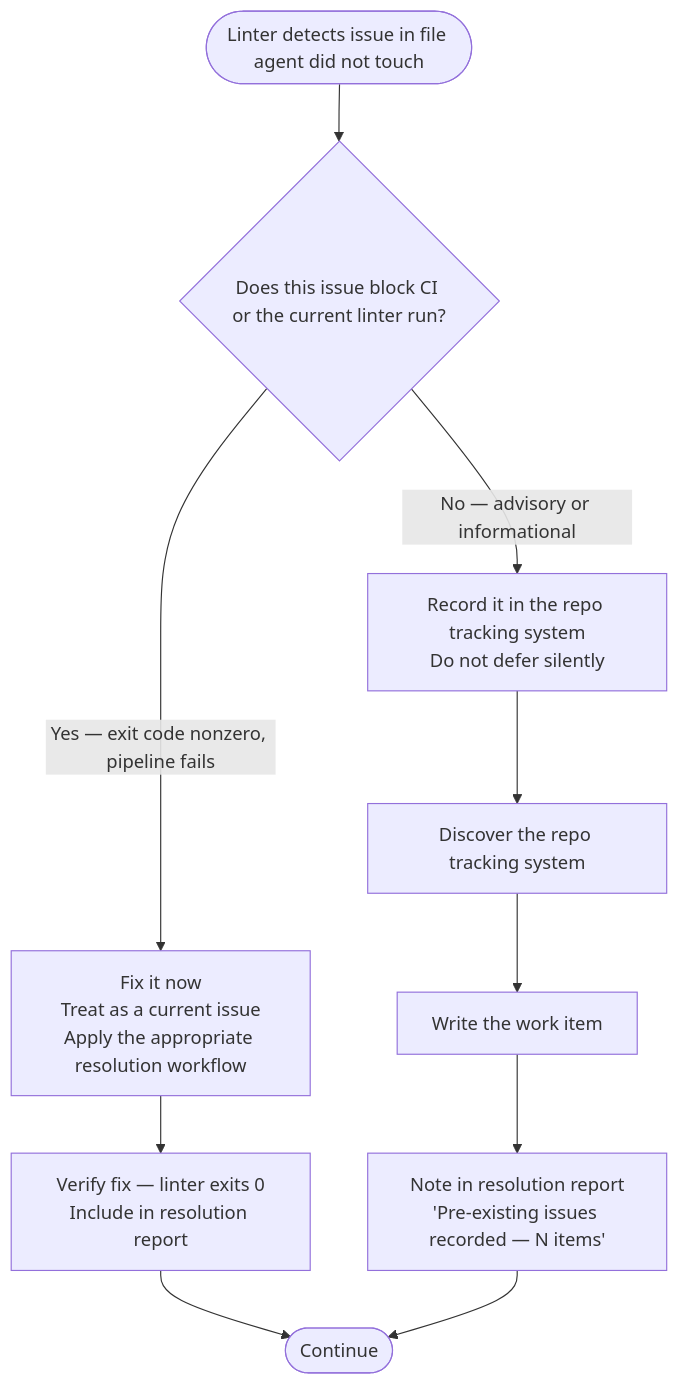
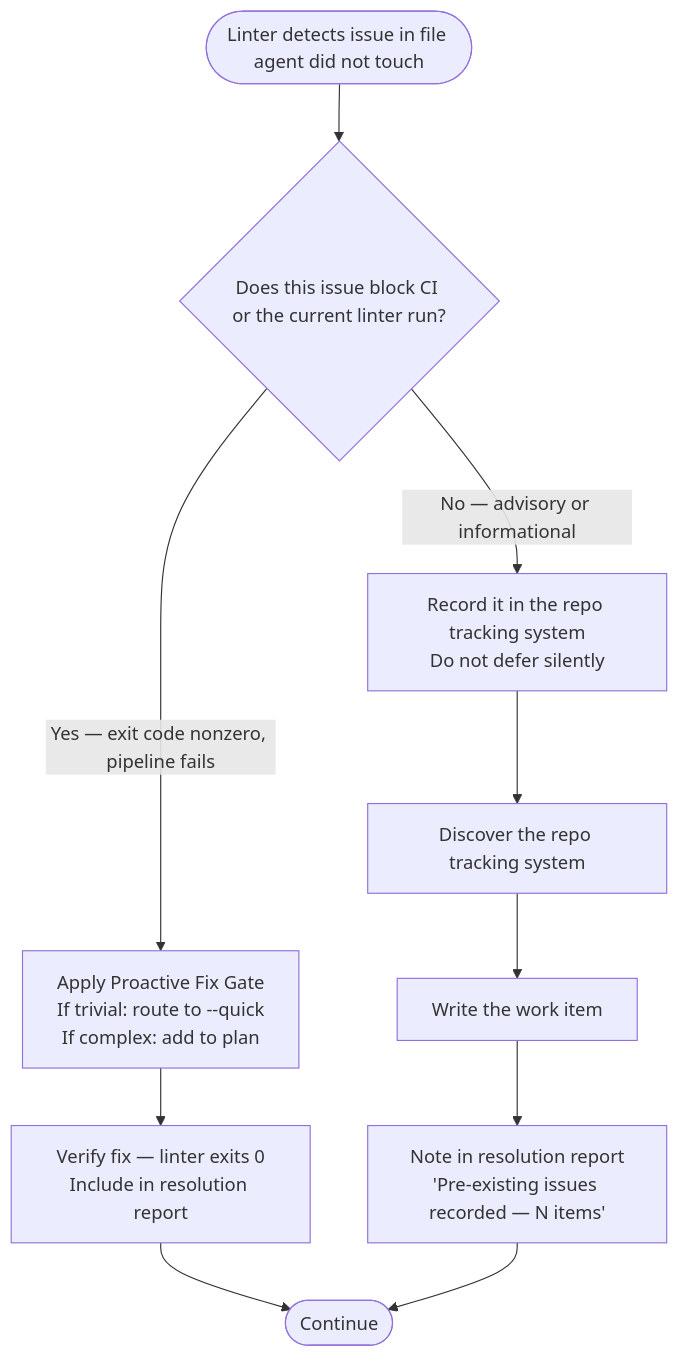
Before and after one commit to chgreer1070/claude_skills: the first of 2 diagrams in plugins/holistic-linting/skills/holistic-linting/references/pre-existing-issues-protocol.md, drawn with Mermaid. The commit also changed other lines of this file and 10 other files, not shown here.

Commit message:
feat: Proactive Fix Gate — quick path coupling (#2415) (#2417)

````diff
--- a/plugins/holistic-linting/skills/holistic-linting/references/pre-existing-issues-protocol.md
+++ b/plugins/holistic-linting/skills/holistic-linting/references/pre-existing-issues-protocol.md
@@ -11,12 +16,12 @@
 ```mermaid
 flowchart TD
     Start([Linter detects issue in file agent did not touch]) --> Q1{Does this issue block CI or the current linter run?}
-    Q1 -->|Yes — exit code nonzero, pipeline fails| Fix[Fix it now\nTreat as a current issue\nApply the appropriate resolution workflow]
-    Q1 -->|No — advisory or informational| Record[Record it in the repo tracking system\nDo not defer silently]
-    Fix --> Verify[Verify fix — linter exits 0\nInclude in resolution report]
+    Q1 -->|Yes — exit code nonzero, pipeline fails| Fix["Apply Proactive Fix Gate<br>If trivial: route to --quick<br>If complex: add to plan"]
+    Q1 -->|No — advisory or informational| Record["Record it in the repo tracking system<br>Do not defer silently"]
+    Fix --> Verify["Verify fix — linter exits 0<br>Include in resolution report"]
     Record --> Discover[Discover the repo tracking system]
     Discover --> Write[Write the work item]
-    Write --> Report[Note in resolution report\n'Pre-existing issues recorded — N items']
+    Write --> Report["Note in resolution report<br>'Pre-existing issues recorded — N items'"]
     Verify --> Done([Continue])
     Report --> Done
 ```
````
